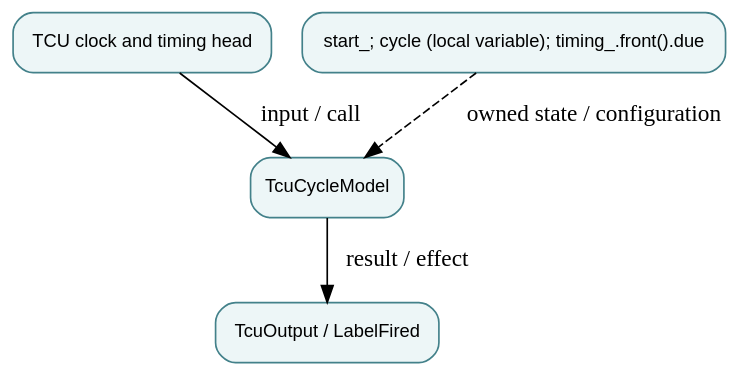
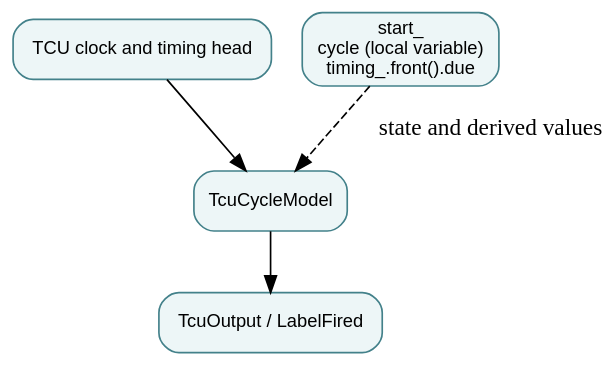
The diagram in docs/modules/tcu-timer-and-label-broadcaster.md (qsbit-org/qsbit-sim), drawn with Graphviz before and after one commit. The commit also changed other lines of this file and 41 other files, not shown here.

````diff
--- a/docs/modules/tcu-timer-and-label-broadcaster.md
+++ b/docs/modules/tcu-timer-and-label-broadcaster.md
@@ -17,11 +14,11 @@
 ```{graphviz}
 digraph module {
   rankdir=TB; bgcolor="transparent";
   node [shape=box, style="rounded,filled", fillcolor="#edf6f7", color="#43818a", fontname="sans-serif", fontsize=11];
   input [label="TCU clock and timing head"];
   owner [label="TcuCycleModel"];
-  state [label="start_; cycle (local variable); timing_.front().due"];
+  state [label="start_\ncycle (local variable)\ntiming_.front().due"];
   output [label="TcuOutput / LabelFired"];
-  input -> owner [label="input / call"]; owner -> output [label="result / effect"]; state -> owner [style=dashed, label="owned state / configuration"];
+  input -> owner; owner -> output; state -> owner [style=dashed, label="state and derived values"];
 }
 ```
````
